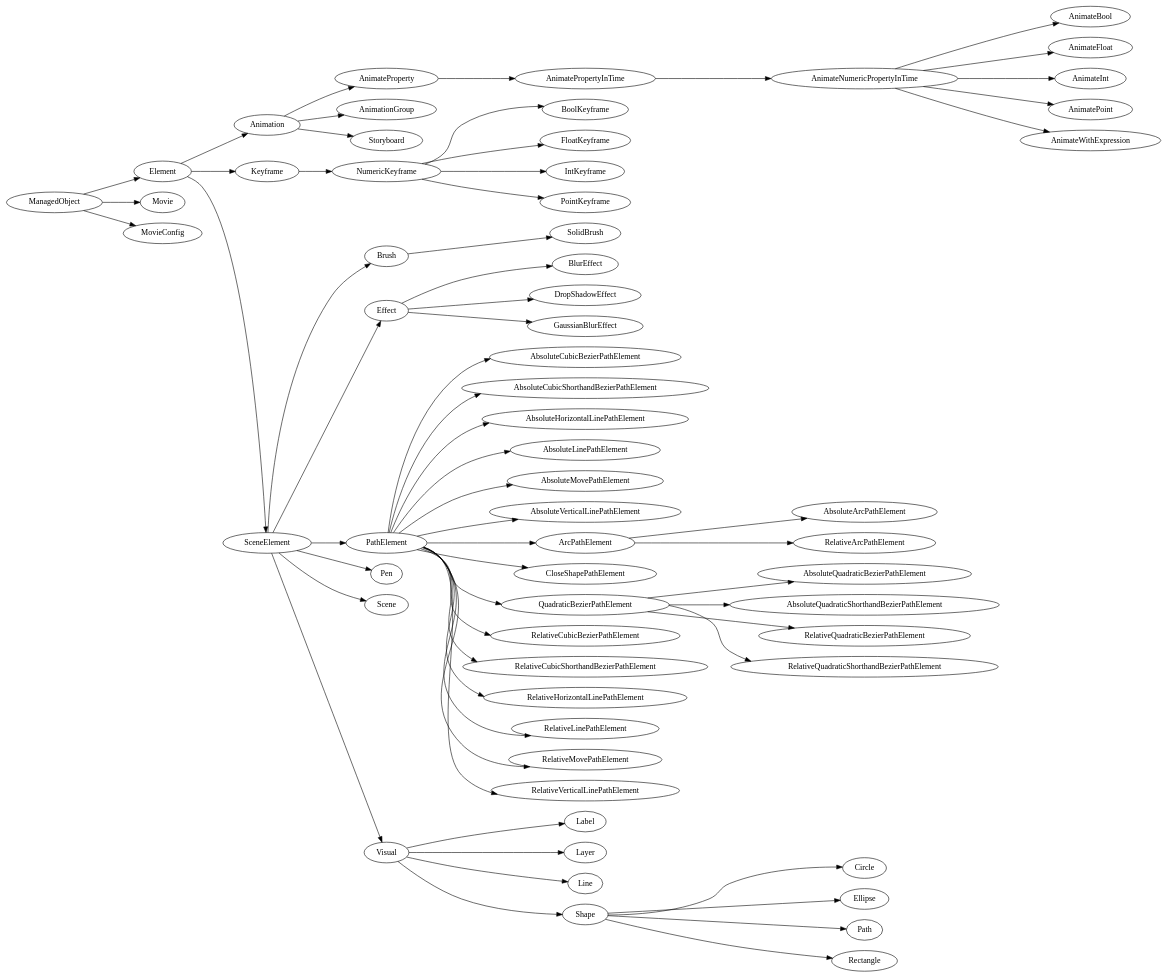
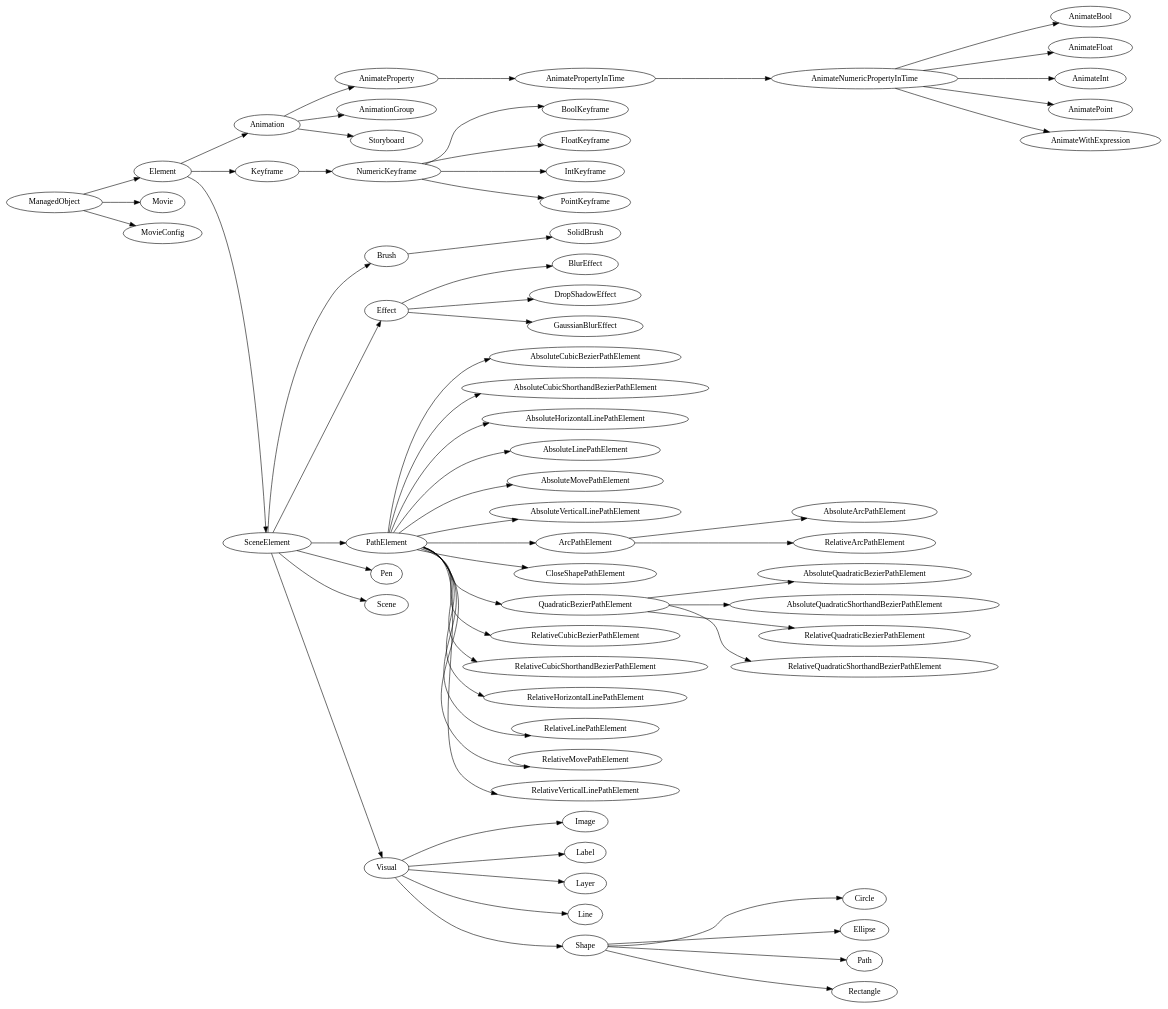
The diagram in Animator.dot (wojciechsura/Animator), drawn with Graphviz before and after one commit. The commit also changed 514 other files, not shown here.

```diff
--- a/Animator.dot
+++ b/Animator.dot
@@ -1,124 +1,126 @@
 digraph {
   rankdir=LR
 0 [ label = "AbsoluteArcPathElement" ]
 1 [ label = "AbsoluteCubicBezierPathElement" ]
 2 [ label = "AbsoluteCubicShorthandBezierPathElement" ]
 3 [ label = "AbsoluteHorizontalLinePathElement" ]
 4 [ label = "AbsoluteLinePathElement" ]
 5 [ label = "AbsoluteMovePathElement" ]
 6 [ label = "AbsoluteQuadraticBezierPathElement" ]
 7 [ label = "AbsoluteQuadraticShorthandBezierPathElement" ]
 8 [ label = "AbsoluteVerticalLinePathElement" ]
 9 [ label = "AnimateBool" ]
 10 [ label = "AnimateFloat" ]
 11 [ label = "AnimateInt" ]
 12 [ label = "AnimateNumericPropertyInTime" ]
 13 [ label = "AnimatePoint" ]
 14 [ label = "AnimateProperty" ]
 15 [ label = "AnimatePropertyInTime" ]
 16 [ label = "AnimateWithExpression" ]
 17 [ label = "Animation" ]
 18 [ label = "AnimationGroup" ]
 19 [ label = "ArcPathElement" ]
 20 [ label = "BlurEffect" ]
 21 [ label = "BoolKeyframe" ]
 22 [ label = "Brush" ]
 23 [ label = "Circle" ]
 24 [ label = "CloseShapePathElement" ]
 25 [ label = "DropShadowEffect" ]
 26 [ label = "Effect" ]
 27 [ label = "Element" ]
 28 [ label = "Ellipse" ]
 29 [ label = "FloatKeyframe" ]
 30 [ label = "GaussianBlurEffect" ]
-31 [ label = "IntKeyframe" ]
-32 [ label = "Keyframe" ]
-33 [ label = "Label" ]
-34 [ label = "Layer" ]
-35 [ label = "Line" ]
-36 [ label = "Movie" ]
-37 [ label = "MovieConfig" ]
-38 [ label = "NumericKeyframe" ]
-39 [ label = "Path" ]
-40 [ label = "PathElement" ]
-41 [ label = "Pen" ]
-42 [ label = "PointKeyframe" ]
-43 [ label = "QuadraticBezierPathElement" ]
-44 [ label = "Rectangle" ]
-45 [ label = "RelativeArcPathElement" ]
-46 [ label = "RelativeCubicBezierPathElement" ]
-47 [ label = "RelativeCubicShorthandBezierPathElement" ]
-48 [ label = "RelativeHorizontalLinePathElement" ]
-49 [ label = "RelativeLinePathElement" ]
-50 [ label = "RelativeMovePathElement" ]
-51 [ label = "RelativeQuadraticBezierPathElement" ]
-52 [ label = "RelativeQuadraticShorthandBezierPathElement" ]
-53 [ label = "RelativeVerticalLinePathElement" ]
-54 [ label = "Scene" ]
-55 [ label = "SceneElement" ]
-56 [ label = "Shape" ]
-57 [ label = "SolidBrush" ]
-58 [ label = "Storyboard" ]
-59 [ label = "Visual" ]
-60 [ label = "ManagedObject" ]
+31 [ label = "Image" ]
+32 [ label = "IntKeyframe" ]
+33 [ label = "Keyframe" ]
+34 [ label = "Label" ]
+35 [ label = "Layer" ]
+36 [ label = "Line" ]
+37 [ label = "Movie" ]
+38 [ label = "MovieConfig" ]
+39 [ label = "NumericKeyframe" ]
+40 [ label = "Path" ]
+41 [ label = "PathElement" ]
+42 [ label = "Pen" ]
+43 [ label = "PointKeyframe" ]
+44 [ label = "QuadraticBezierPathElement" ]
+45 [ label = "Rectangle" ]
+46 [ label = "RelativeArcPathElement" ]
+47 [ label = "RelativeCubicBezierPathElement" ]
+48 [ label = "RelativeCubicShorthandBezierPathElement" ]
+49 [ label = "RelativeHorizontalLinePathElement" ]
+50 [ label = "RelativeLinePathElement" ]
+51 [ label = "RelativeMovePathElement" ]
+52 [ label = "RelativeQuadraticBezierPathElement" ]
+53 [ label = "RelativeQuadraticShorthandBezierPathElement" ]
+54 [ label = "RelativeVerticalLinePathElement" ]
+55 [ label = "Scene" ]
+56 [ label = "SceneElement" ]
+57 [ label = "Shape" ]
+58 [ label = "SolidBrush" ]
+59 [ label = "Storyboard" ]
+60 [ label = "Visual" ]
+61 [ label = "ManagedObject" ]
 19 -> 0
-40 -> 1
-40 -> 2
-40 -> 3
-40 -> 4
-40 -> 5
-43 -> 6
-43 -> 7
-40 -> 8
+41 -> 1
+41 -> 2
+41 -> 3
+41 -> 4
+41 -> 5
+44 -> 6
+44 -> 7
+41 -> 8
 12 -> 9
 12 -> 10
 12 -> 11
 15 -> 12
 12 -> 13
 17 -> 14
 14 -> 15
 12 -> 16
 27 -> 17
 17 -> 18
-40 -> 19
+41 -> 19
 26 -> 20
-38 -> 21
-55 -> 22
-56 -> 23
-40 -> 24
+39 -> 21
+56 -> 22
+57 -> 23
+41 -> 24
 26 -> 25
-55 -> 26
-60 -> 27
-56 -> 28
-38 -> 29
+56 -> 26
+61 -> 27
+57 -> 28
+39 -> 29
 26 -> 30
-38 -> 31
-27 -> 32
-59 -> 33
-59 -> 34
-59 -> 35
+60 -> 31
+39 -> 32
+27 -> 33
+60 -> 34
+60 -> 35
 60 -> 36
-60 -> 37
-32 -> 38
-56 -> 39
-55 -> 40
-55 -> 41
-38 -> 42
-40 -> 43
-56 -> 44
-19 -> 45
-40 -> 46
-40 -> 47
-40 -> 48
-40 -> 49
-40 -> 50
-43 -> 51
-43 -> 52
-40 -> 53
-55 -> 54
-27 -> 55
-59 -> 56
-22 -> 57
-17 -> 58
-55 -> 59
+61 -> 37
+61 -> 38
+33 -> 39
+57 -> 40
+56 -> 41
+56 -> 42
+39 -> 43
+41 -> 44
+57 -> 45
+19 -> 46
+41 -> 47
+41 -> 48
+41 -> 49
+41 -> 50
+41 -> 51
+44 -> 52
+44 -> 53
+41 -> 54
+56 -> 55
+27 -> 56
+60 -> 57
+22 -> 58
+17 -> 59
+56 -> 60
 }
```
